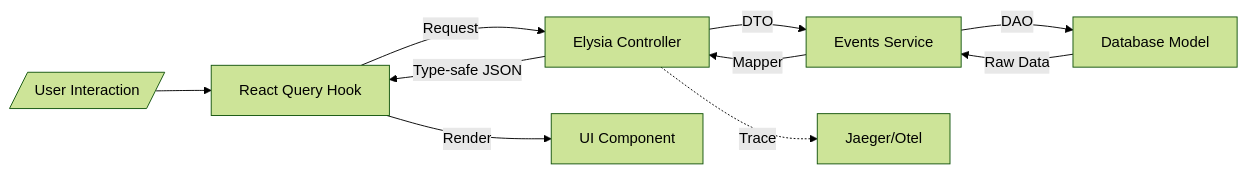
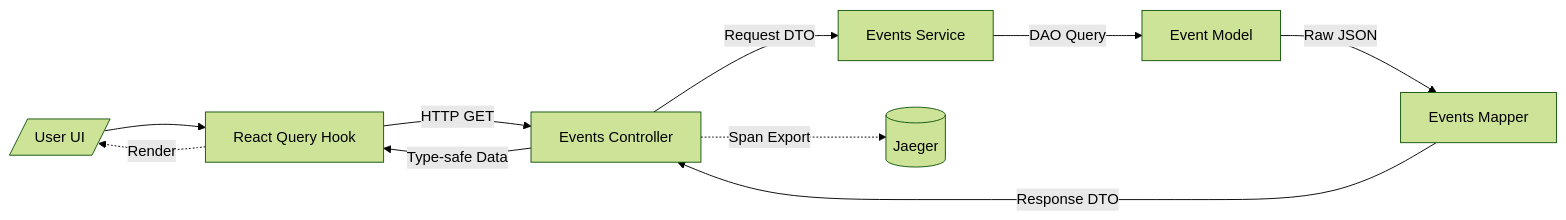
One commit to GDSC-FSC/gdg-fsc-website changed the second of 2 diagrams in README.md. Above: the diagram before and after it, drawn with Mermaid (forest theme). The commit also changed other lines of this file, not shown here.

````diff
--- a/README.md
+++ b/README.md
@@ -124,13 +107,13 @@
 ```mermaid
 flowchart LR
-    UserInput[/"User Interaction"/] --> Hook["React Query Hook"]
-    Hook --> |"Request"| API["Elysia Controller"]
-    API --> |"DTO"| Service["Events Service"]
-    Service --> |"DAO"| Model["Database Model"]
-    Model --> |"Raw Data"| Service
-    Service --> |"Mapper"| API
-    API --> |"Type-safe JSON"| Hook
-    Hook --> |"Render"| UI["UI Component"]
+    User[/"User UI"/] --> Hook["React Query Hook"]
+    Hook --> |"HTTP GET"| Controller["Events Controller"]
+    Controller --> |"Request DTO"| Service["Events Service"]
+    Service --> |"DAO Query"| Model["Event Model"]
+    Model --> |"Raw JSON"| Mapper["Events Mapper"]
+    Mapper --> |"Response DTO"| Controller
+    Controller --> |"Type-safe Data"| Hook
+    Hook -.-> |"Render"| User
     
-    API -.-> |"Trace"| Jaeger["Jaeger/Otel"]
+    Controller -.-> |"Span Export"| Jaeger[(Jaeger)]
 ```
````
